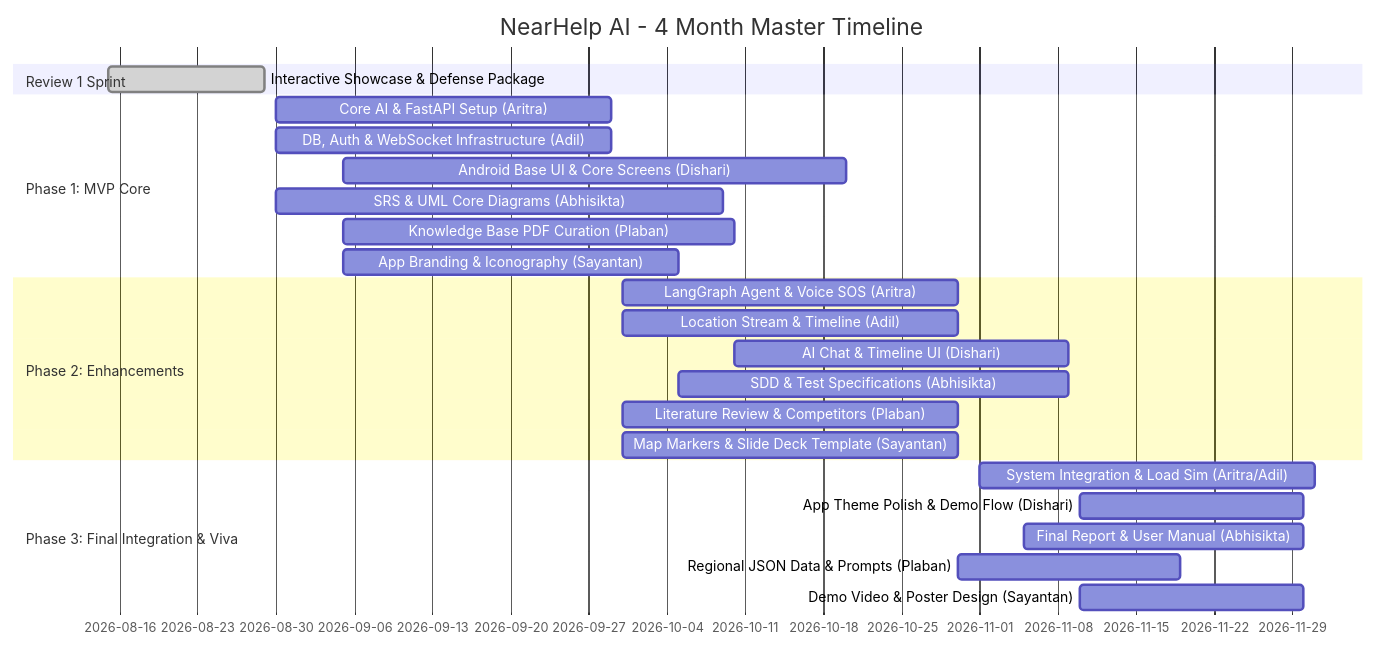
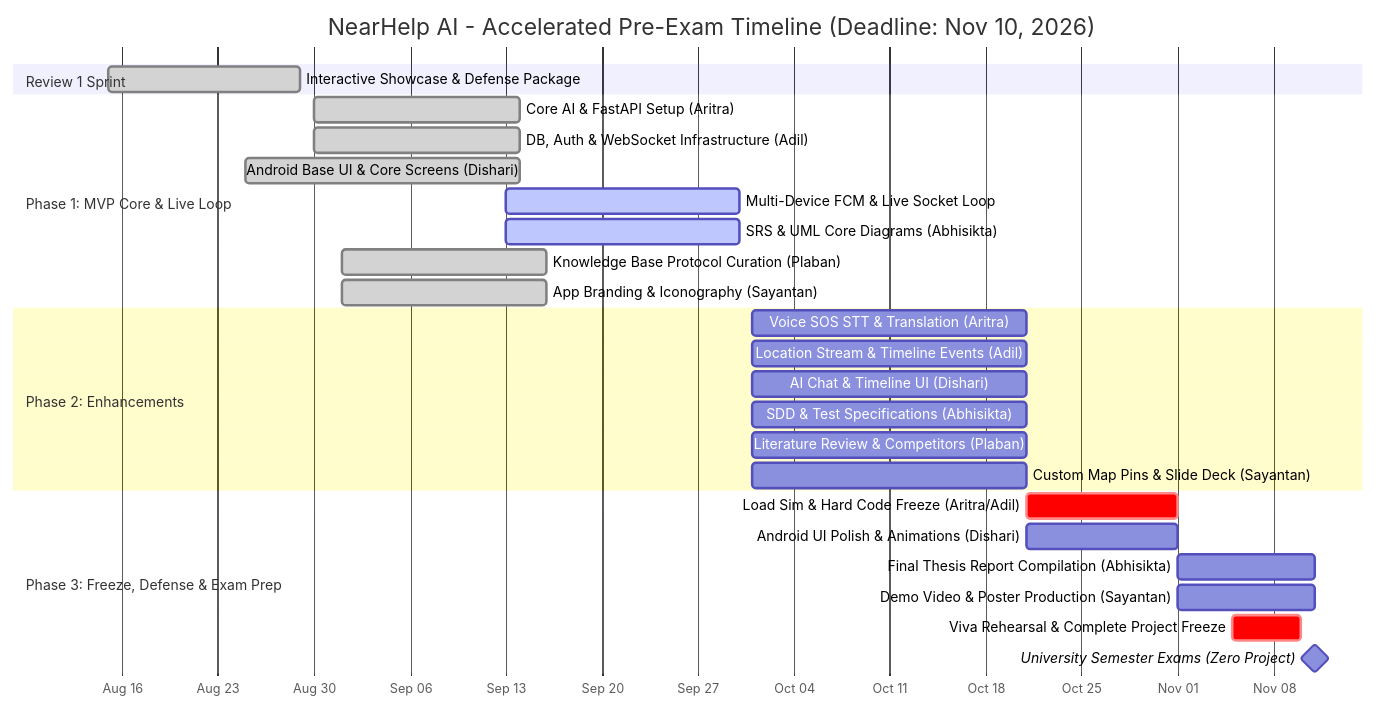
One commit to aritraio/NearHelp changed the diagram in docs/Task.md. Above: the diagram before and after it, drawn with Mermaid. The commit also changed other lines of this file and 3 other files, not shown here.

Commit message:
docs: update project timelines with accelerated pre-exam schedule and add issue screenshot

````diff
--- a/docs/Task.md
+++ b/docs/Task.md
@@ -279,27 +280,34 @@
 ```mermaid
 gantt
-    title NearHelp AI - 4 Month Master Timeline
+    title NearHelp AI - Accelerated Pre-Exam Timeline (Deadline: Nov 10, 2026)
     dateFormat  YYYY-MM-DD
+    axisFormat  %b %d
+    
     section Review 1 Sprint
     Interactive Showcase & Defense Package :done, 2026-08-15, 14d
-    section Phase 1: MVP Core
-    Core AI & FastAPI Setup (Aritra)         :2026-08-30, 30d
-    DB, Auth & WebSocket Infrastructure (Adil):2026-08-30, 30d
-    Android Base UI & Core Screens (Dishari)  :2026-09-05, 45d
-    SRS & UML Core Diagrams (Abhisikta)      :2026-08-30, 40d
-    Knowledge Base PDF Curation (Plaban)     :2026-09-05, 35d
-    App Branding & Iconography (Sayantan)    :2026-09-05, 30d
+    
+    section Phase 1: MVP Core & Live Loop
+    Core AI & FastAPI Setup (Aritra)         :done, 2026-08-30, 15d
+    DB, Auth & WebSocket Infrastructure (Adil):done, 2026-08-30, 15d
+    Android Base UI & Core Screens (Dishari)  :done, 2026-08-25, 20d
+    Multi-Device FCM & Live Socket Loop      :active, 2026-09-13, 17d
+    SRS & UML Core Diagrams (Abhisikta)      :active, 2026-09-13, 17d
+    Knowledge Base Protocol Curation (Plaban):done, 2026-09-01, 15d
+    App Branding & Iconography (Sayantan)    :done, 2026-09-01, 15d
+    
     section Phase 2: Enhancements
-    LangGraph Agent & Voice SOS (Aritra)     :2026-09-30, 30d
-    Location Stream & Timeline (Adil)         :2026-09-30, 30d
-    AI Chat & Timeline UI (Dishari)          :2026-10-10, 30d
-    SDD & Test Specifications (Abhisikta)    :2026-10-05, 35d
-    Literature Review & Competitors (Plaban) :2026-09-30, 30d
-    Map Markers & Slide Deck Template (Sayantan):2026-09-30, 30d
-    section Phase 3: Final Integration & Viva
-    System Integration & Load Sim (Aritra/Adil):2026-11-01, 30d
-    App Theme Polish & Demo Flow (Dishari)   :2026-11-10, 20d
-    Final Report & User Manual (Abhisikta)   :2026-11-05, 25d
-    Regional JSON Data & Prompts (Plaban)    :2026-10-30, 20d
-    Demo Video & Poster Design (Sayantan)    :2026-11-10, 20d
+    Voice SOS STT & Translation (Aritra)     :2026-10-01, 20d
+    Location Stream & Timeline Events (Adil)  :2026-10-01, 20d
+    AI Chat & Timeline UI (Dishari)          :2026-10-01, 20d
+    SDD & Test Specifications (Abhisikta)    :2026-10-01, 20d
+    Literature Review & Competitors (Plaban) :2026-10-01, 20d
+    Custom Map Pins & Slide Deck (Sayantan)  :2026-10-01, 20d
+    
+    section Phase 3: Freeze, Defense & Exam Prep
+    Load Sim & Hard Code Freeze (Aritra/Adil):crit, 2026-10-21, 11d
+    Android UI Polish & Animations (Dishari) :2026-10-21, 11d
+    Final Thesis Report Compilation (Abhisikta):2026-11-01, 10d
+    Demo Video & Poster Production (Sayantan):2026-11-01, 10d
+    Viva Rehearsal & Complete Project Freeze :crit, 2026-11-05, 5d
+    University Semester Exams (Zero Project) :milestone, 2026-11-11, 0d
 ```
````
